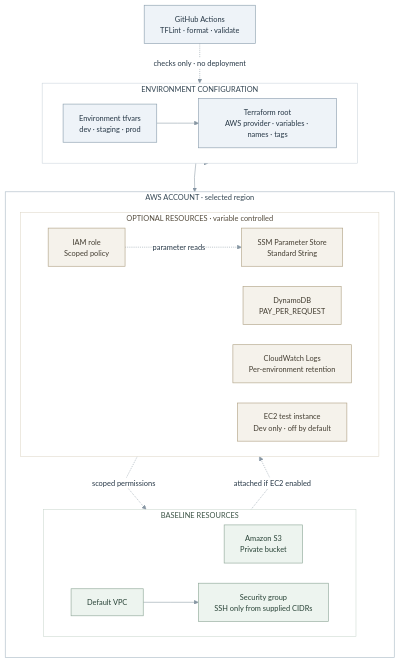
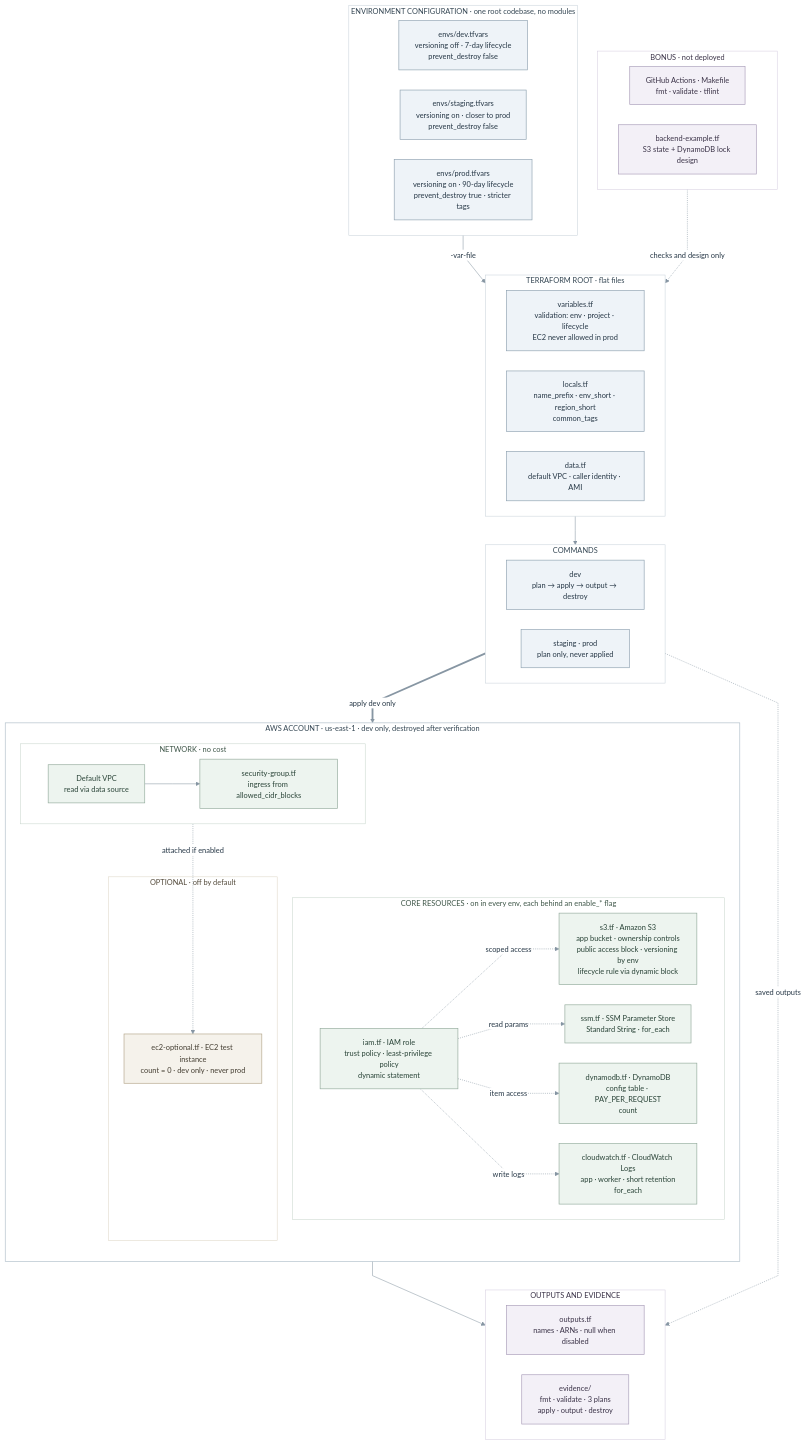
Before and after one commit to morshed11s/terraform-aws-resource-handling: the diagram in docs/architecture.md, drawn with Mermaid.

Commit message:
seventh commit

````diff
--- a/docs/architecture.md
+++ b/docs/architecture.md
@@ -5,47 +5,87 @@
 ```mermaid
 %%{init: {"theme": "base", "themeVariables": {"background": "#ffffff", "mainBkg": "#ffffff", "fontFamily": "Segoe UI, Arial, sans-serif", "fontSize": "14px", "primaryTextColor": "#263746", "lineColor": "#8796a3", "edgeLabelBackground": "#ffffff"}, "flowchart": {"curve": "linear", "nodeSpacing": 38, "rankSpacing": 54, "htmlLabels": true}}}%%
 flowchart TB
-  subgraph INPUTS["ENVIRONMENT CONFIGURATION"]
+  subgraph CONFIG["ENVIRONMENT CONFIGURATION · one root codebase, no modules"]
     direction LR
-    ENV["Environment tfvars<br/>dev · staging · prod"] --> TF["Terraform root<br/>AWS provider · variables · names · tags"]
+    DEV["envs/dev.tfvars<br/>versioning off · 7-day lifecycle<br/>prevent_destroy false"]
+    STG["envs/staging.tfvars<br/>versioning on · closer to prod<br/>prevent_destroy false"]
+    PRD["envs/prod.tfvars<br/>versioning on · 90-day lifecycle<br/>prevent_destroy true · stricter tags"]
   end
 
-  CI["GitHub Actions<br/>TFLint · format · validate"]
+  subgraph ROOT["TERRAFORM ROOT · flat files"]
+    direction LR
+    VARS["variables.tf<br/>validation: env · project · lifecycle<br/>EC2 never allowed in prod"]
+    LOCALS["locals.tf<br/>name_prefix · env_short · region_short<br/>common_tags"]
+    DATA["data.tf<br/>default VPC · caller identity · AMI"]
+  end
 
-  subgraph AWS["AWS ACCOUNT · selected region"]
+  subgraph RUN["COMMANDS"]
+    direction LR
+    APPLY["dev<br/>plan → apply → output → destroy"]
+    PLAN["staging · prod<br/>plan only, never applied"]
+  end
+
+  subgraph AWS["AWS ACCOUNT · us-east-1 · dev only, destroyed after verification"]
     direction TB
 
-    subgraph CORE["BASELINE RESOURCES"]
+    subgraph CORE["CORE RESOURCES · on in every env, each behind an enable_* flag"]
       direction LR
-      S3["Amazon S3<br/>Private bucket"]
-      VPC["Default VPC"] --> SG["Security group<br/>SSH only from supplied CIDRs"]
+      S3["s3.tf · Amazon S3<br/>app bucket · ownership controls<br/>public access block · versioning by env<br/>lifecycle rule via dynamic block"]
+      DDB["dynamodb.tf · DynamoDB<br/>config table · PAY_PER_REQUEST<br/>count"]
+      IAM["iam.tf · IAM role<br/>trust policy · least-privilege policy<br/>dynamic statement"]
+      SSM["ssm.tf · SSM Parameter Store<br/>Standard String · for_each"]
+      CW["cloudwatch.tf · CloudWatch Logs<br/>app · worker · short retention<br/>for_each"]
     end
 
-    subgraph OPTIONAL["OPTIONAL RESOURCES · variable controlled"]
+    subgraph NET["NETWORK · no cost"]
       direction LR
-      IAM["IAM role<br/>Scoped policy"]
-      DDB["DynamoDB<br/>PAY_PER_REQUEST"]
-      SSM["SSM Parameter Store<br/>Standard String"]
-      CW["CloudWatch Logs<br/>Per-environment retention"]
-      EC2["EC2 test instance<br/>Dev only · off by default"]
+      VPC["Default VPC<br/>read via data source"] --> SG["security-group.tf<br/>ingress from allowed_cidr_blocks"]
+    end
+
+    subgraph OPT["OPTIONAL · off by default"]
+      EC2["ec2-optional.tf · EC2 test instance<br/>count = 0 · dev only · never prod"]
     end
   end
 
-  TF --> CORE
-  TF -.-> OPTIONAL
-  CI -. "checks only · no deployment" .-> TF
-  IAM -. "scoped permissions" .-> S3
-  IAM -. "parameter reads" .-> SSM
-  SG -. "attached if EC2 enabled" .-> EC2
+  subgraph RESULTS["OUTPUTS AND EVIDENCE"]
+    direction LR
+    OUT["outputs.tf<br/>names · ARNs · null when disabled"]
+    EVD["evidence/<br/>fmt · validate · 3 plans<br/>apply · output · destroy"]
+  end
+
+  subgraph BONUS["BONUS · not deployed"]
+    direction LR
+    CI["GitHub Actions · Makefile<br/>fmt · validate · tflint"]
+    BE["backend-example.tf<br/>S3 state + DynamoDB lock design"]
+  end
+
+  CONFIG -- "-var-file" --> ROOT
+  ROOT --> RUN
+  RUN == "apply dev only" ==> AWS
+  IAM -. "scoped access" .-> S3
+  IAM -. "read params" .-> SSM
+  IAM -. "item access" .-> DDB
+  IAM -. "write logs" .-> CW
+  SG -. "attached if enabled" .-> EC2
+  AWS --> RESULTS
+  RUN -. "saved outputs" .-> RESULTS
+  BONUS -. "checks and design only" .-> ROOT
 
   classDef config fill:#eef3f8,stroke:#8da0af,color:#263746,stroke-width:1.2px
   classDef core fill:#edf4ef,stroke:#91a99a,color:#294337,stroke-width:1.2px
   classDef optional fill:#f5f2eb,stroke:#b2a488,color:#443e32,stroke-width:1.2px
-  class ENV,TF,CI config
-  class S3,VPC,SG core
-  class IAM,SSM,DDB,CW,EC2 optional
-  style INPUTS fill:#ffffff,stroke:#c8d2da,color:#344653,stroke-width:1px
+  classDef result fill:#f3f0f7,stroke:#a89cb8,color:#3a3247,stroke-width:1.2px
+  class DEV,STG,PRD,VARS,LOCALS,DATA,APPLY,PLAN config
+  class S3,DDB,IAM,SSM,CW,VPC,SG core
+  class EC2 optional
+  class OUT,EVD,CI,BE result
+  style CONFIG fill:#ffffff,stroke:#c8d2da,color:#344653,stroke-width:1px
+  style ROOT fill:#ffffff,stroke:#c8d2da,color:#344653,stroke-width:1px
+  style RUN fill:#ffffff,stroke:#c8d2da,color:#344653,stroke-width:1px
   style AWS fill:#ffffff,stroke:#aebdc8,color:#344653,stroke-width:1.2px
   style CORE fill:#ffffff,stroke:#c8d6cd,color:#3d5547,stroke-width:1px
-  style OPTIONAL fill:#ffffff,stroke:#ded6c6,color:#554c3d,stroke-width:1px
+  style NET fill:#ffffff,stroke:#c8d6cd,color:#3d5547,stroke-width:1px
+  style OPT fill:#ffffff,stroke:#ded6c6,color:#554c3d,stroke-width:1px
+  style RESULTS fill:#ffffff,stroke:#d6cfe0,color:#3a3247,stroke-width:1px
+  style BONUS fill:#ffffff,stroke:#d6cfe0,color:#3a3247,stroke-width:1px
 ```
````
